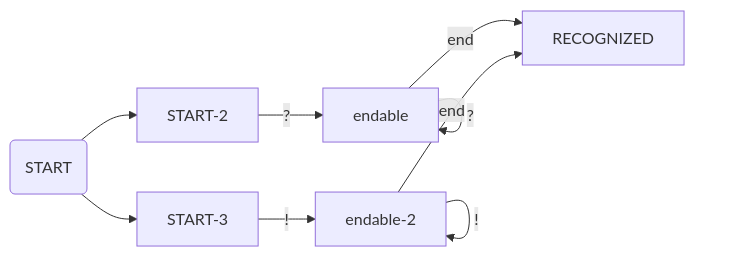
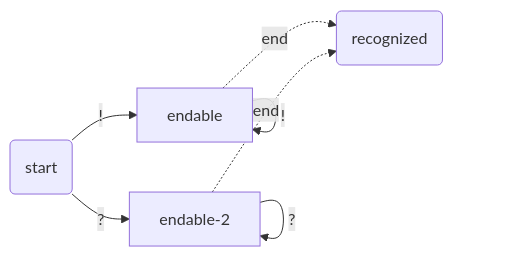
The eighth of 12 diagrams in _posts/2019-09-21-recognizing-myself.md (raganwald/raganwald.github.com), drawn with Mermaid before and after one commit. The commit also changed other lines of this file, not shown here.

```diff
--- a/_posts/2019-09-21-recognizing-myself.md
+++ b/_posts/2019-09-21-recognizing-myself.md
@@ -1167,11 +1138,9 @@
 <div class="mermaid">
   graph LR
-    START(START)-->START-2
-    START-->START-3
-    START-2-->|?|endable
-    endable-->|?|endable
-    endable-->|end|RECOGNIZED
-    START-3-->|!|endable-2
-    endable-2-->|!|endable-2
-    endable-2-->|end|RECOGNIZED
+    start(start)-->|!|endable
+    endable-->|!|endable
+    endable-.->|end|recognized(recognized)
+    start(start)-->|?|endable-2
+    endable-2-->|?|endable-2
+    endable-2-.->|end|recognized(recognized)
 </div>
```
